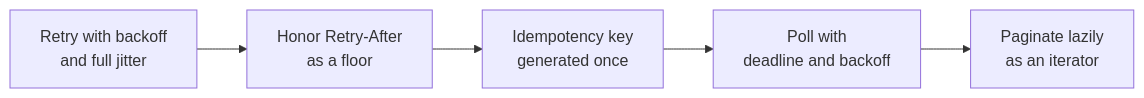
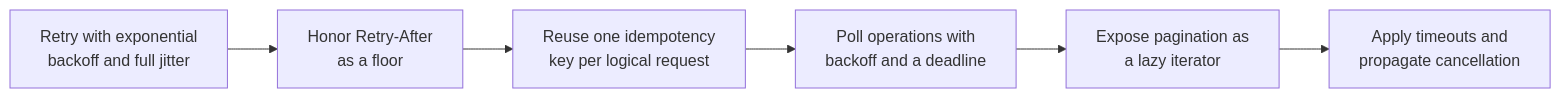
Before and after one commit to arpanpathak/cracking-the-systems-programming-interview: the fourth of 5 diagrams in systems_design/03-gpu-cloud-control-plane.md, drawn with Mermaid. The commit also changed other lines of this file and 6 other files, not shown here.

````diff
--- a/systems_design/03-gpu-cloud-control-plane.md
+++ b/systems_design/03-gpu-cloud-control-plane.md
@@ -126,7 +145,8 @@
 ```mermaid
 flowchart LR
-    A["Retry with backoff<br/>and full jitter"] --> B["Honor Retry-After<br/>as a floor"]
-    B --> C["Idempotency key<br/>generated once"]
-    C --> D["Poll with<br/>deadline and backoff"]
-    D --> E["Paginate lazily<br/>as an iterator"]
+    A["Retry with exponential<br/>backoff and full jitter"] --> B["Honor Retry-After<br/>as a floor"]
+    B --> C["Reuse one idempotency<br/>key per logical request"]
+    C --> D["Poll operations with<br/>backoff and a deadline"]
+    D --> E["Expose pagination as<br/>a lazy iterator"]
+    E --> F["Apply timeouts and<br/>propagate cancellation"]
 ```
````
